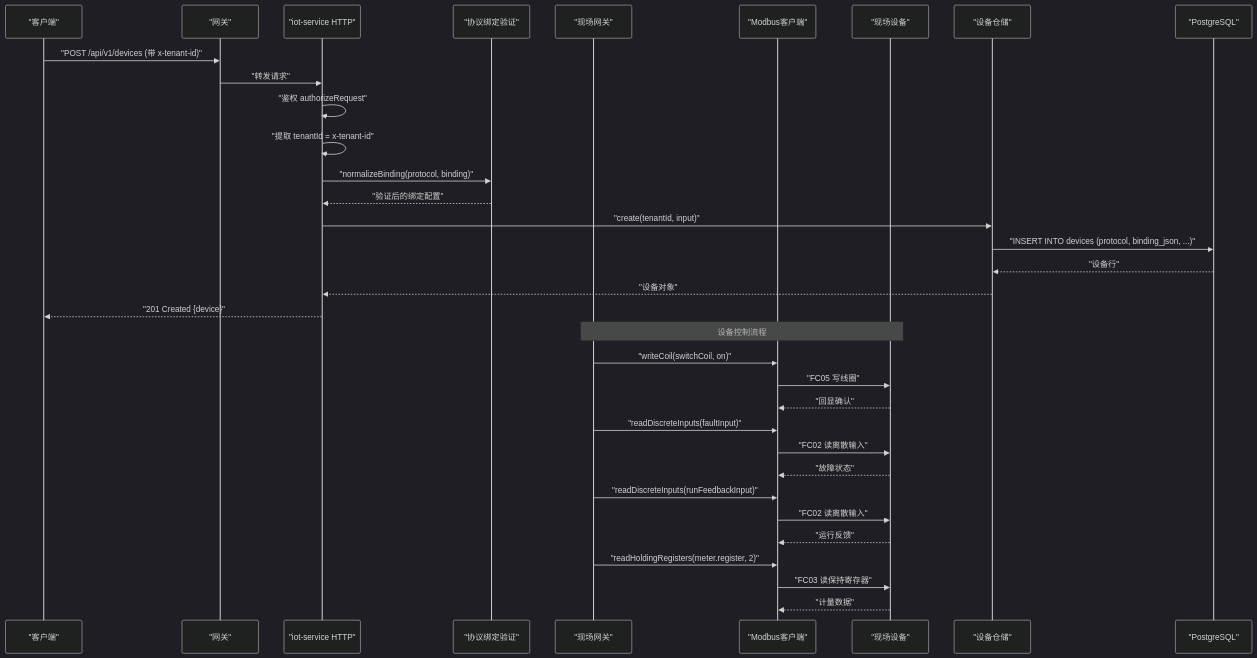
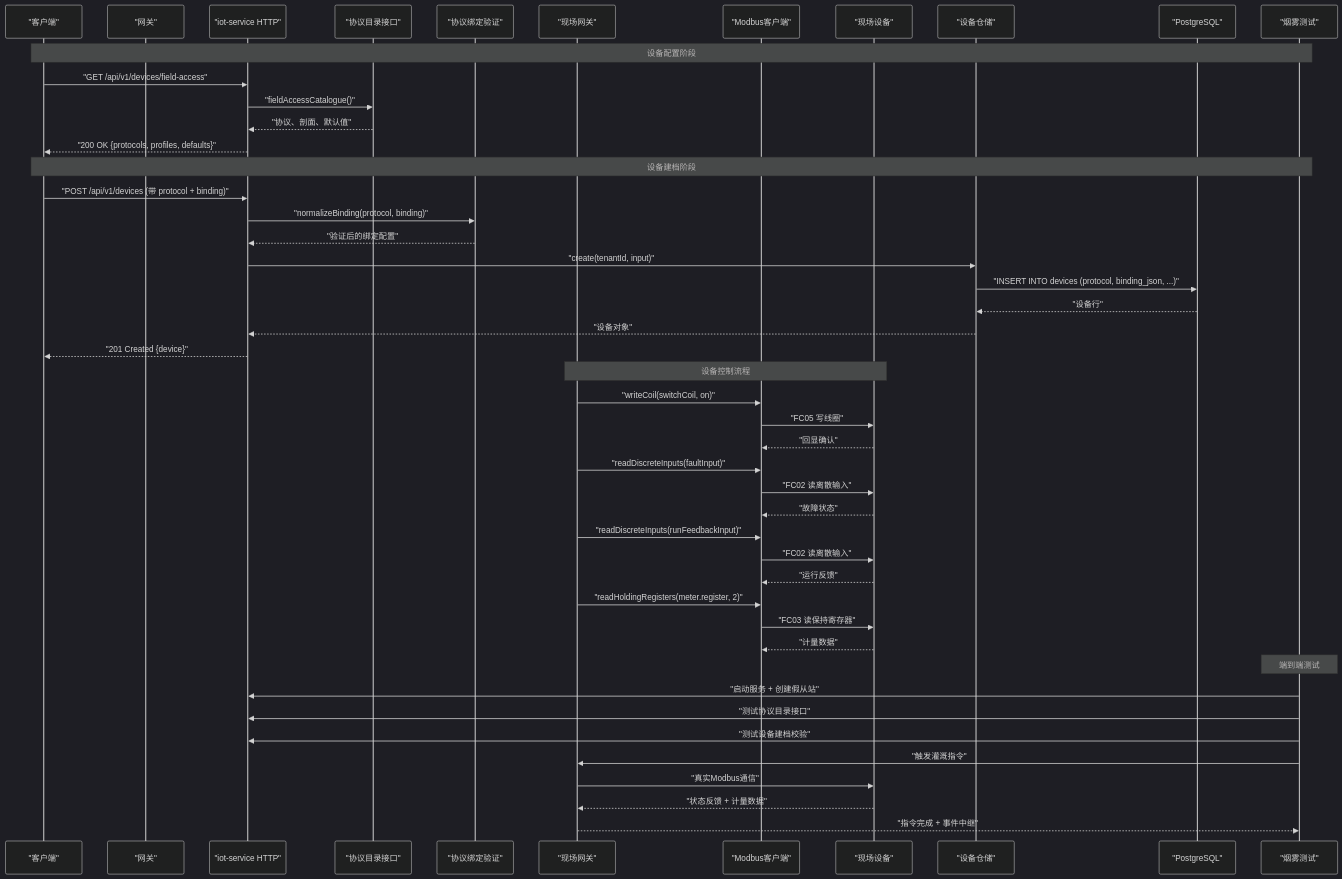
Before and after one commit to q446328246/agri-platform: the second of 10 diagrams in .qoder/repowiki/zh/content/核心服务文档/物联网设备管理/物联网设备管理.md, drawn with Mermaid (dark theme). The commit also changed other lines of this file and 25 other files, not shown here.

````diff
--- a/.qoder/repowiki/zh/content/核心服务文档/物联网设备管理/物联网设备管理.md
+++ b/.qoder/repowiki/zh/content/核心服务文档/物联网设备管理/物联网设备管理.md
@@ -157,36 +176,49 @@
 ```mermaid
 sequenceDiagram
 participant Client as "客户端"
 participant Gateway as "网关"
 participant IotHttp as "iot-service HTTP"
+participant Catalogue as "协议目录接口"
 participant Binding as "协议绑定验证"
 participant FieldGateway as "现场网关"
 participant ModbusClient as "Modbus客户端"
 participant Device as "现场设备"
 participant Repo as "设备仓储"
 participant DB as "PostgreSQL"
-Client->>Gateway : "POST /api/v1/devices (带 x-tenant-id)"
-Gateway->>IotHttp : "转发请求"
-IotHttp->>IotHttp : "鉴权 authorizeRequest"
-IotHttp->>IotHttp : "提取 tenantId = x-tenant-id"
+participant SmokeTest as "烟雾测试"
+Note over Client,SmokeTest : 设备配置阶段
+Client->>IotHttp : "GET /api/v1/devices/field-access"
+IotHttp->>Catalogue : "fieldAccessCatalogue()"
+Catalogue-->>IotHttp : "协议、剖面、默认值"
+IotHttp-->>Client : "200 OK {protocols, profiles, defaults}"
+Note over Client,SmokeTest : 设备建档阶段
+Client->>IotHttp : "POST /api/v1/devices (带 protocol + binding)"
 IotHttp->>Binding : "normalizeBinding(protocol, binding)"
 Binding-->>IotHttp : "验证后的绑定配置"
 IotHttp->>Repo : "create(tenantId, input)"
 Repo->>DB : "INSERT INTO devices (protocol, binding_json, ...)"
 DB-->>Repo : "设备行"
 Repo-->>IotHttp : "设备对象"
 IotHttp-->>Client : "201 Created {device}"
 Note over FieldGateway,Device : 设备控制流程
 FieldGateway->>ModbusClient : "writeCoil(switchCoil, on)"
 ModbusClient->>Device : "FC05 写线圈"
 Device-->>ModbusClient : "回显确认"
 FieldGateway->>ModbusClient : "readDiscreteInputs(faultInput)"
 ModbusClient->>Device : "FC02 读离散输入"
 Device-->>ModbusClient : "故障状态"
 FieldGateway->>ModbusClient : "readDiscreteInputs(runFeedbackInput)"
 ModbusClient->>Device : "FC02 读离散输入"
 Device-->>ModbusClient : "运行反馈"
 FieldGateway->>ModbusClient : "readHoldingRegisters(meter.register, 2)"
 ModbusClient->>Device : "FC03 读保持寄存器"
 Device-->>ModbusClient : "计量数据"
+Note over SmokeTest : 端到端测试
+SmokeTest->>IotHttp : "启动服务 + 创建假从站"
+SmokeTest->>IotHttp : "测试协议目录接口"
+SmokeTest->>IotHttp : "测试设备建档校验"
+SmokeTest->>FieldGateway : "触发灌溉指令"
+FieldGateway->>Device : "真实Modbus通信"
+Device-->>FieldGateway : "状态反馈 + 计量数据"
+FieldGateway-->>SmokeTest : "指令完成 + 事件中继"
 ```
````
